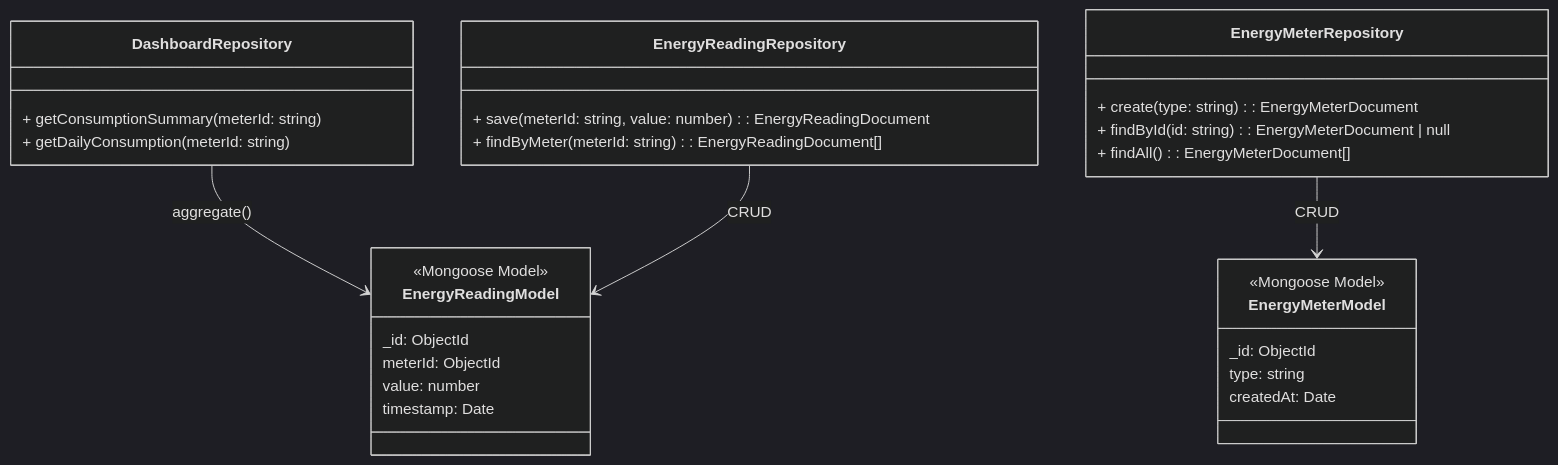
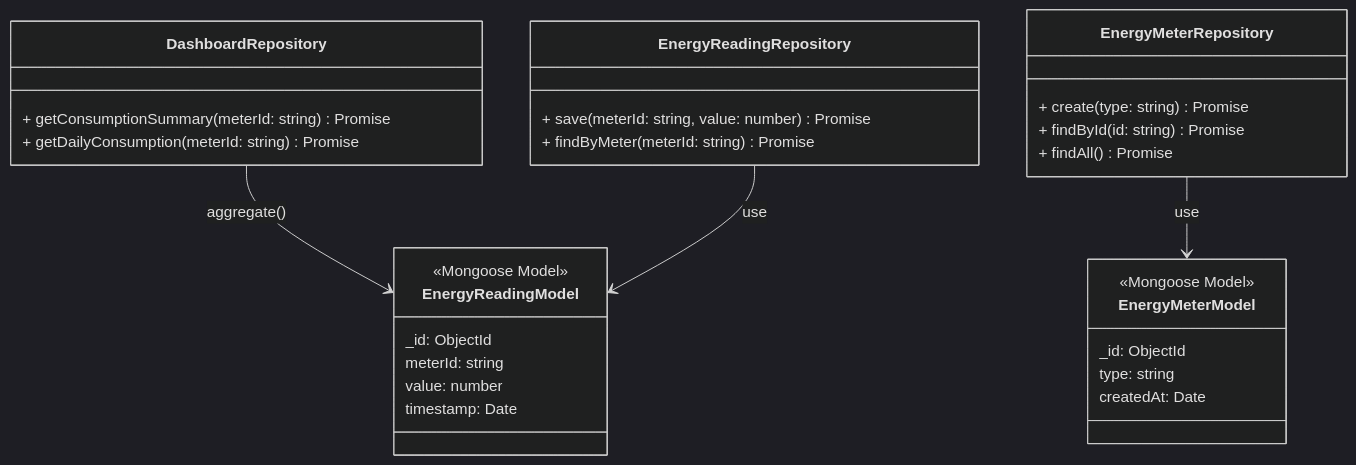
One commit to rubensrabelo/gestao-de-consumo-de-energia changed the first of 15 diagrams in docs/report_rubens_rabelo.md. Above: the diagram before and after it, drawn with Mermaid (dark theme). The commit also changed other lines of this file and 1 other file, not shown here.

````diff
--- a/docs/report_rubens_rabelo.md
+++ b/docs/report_rubens_rabelo.md
@@ -247,39 +247,39 @@
 ```mermaid
 classDiagram
     direction LB
     class DashboardRepository {
-        + getConsumptionSummary(meterId: string)
-        + getDailyConsumption(meterId: string)
+        + getConsumptionSummary(meterId: string) Promise
+        + getDailyConsumption(meterId: string) Promise
     }
 
     class EnergyMeterRepository {
-        + create(type: string): EnergyMeterDocument
-        + findById(id: string): EnergyMeterDocument | null
-        + findAll(): EnergyMeterDocument[]
+        + create(type: string) Promise
+        + findById(id: string) Promise
+        + findAll() Promise
     }
 
     class EnergyReadingRepository {
-        + save(meterId: string, value: number): EnergyReadingDocument
-        + findByMeter(meterId: string): EnergyReadingDocument[]
+        + save(meterId: string, value: number) Promise
+        + findByMeter(meterId: string) Promise
     }
 
     class EnergyMeterModel {
         <<Mongoose Model>>
         _id: ObjectId
         type: string
         createdAt: Date
     }
 
     class EnergyReadingModel {
         <<Mongoose Model>>
         _id: ObjectId
-        meterId: ObjectId
+        meterId: string
         value: number
         timestamp: Date
     }
 
     %% Dependências de persistência
     DashboardRepository --> EnergyReadingModel : aggregate()
-    EnergyMeterRepository --> EnergyMeterModel : CRUD
-    EnergyReadingRepository --> EnergyReadingModel : CRUD
+    EnergyMeterRepository --> EnergyMeterModel : use
+    EnergyReadingRepository --> EnergyReadingModel : use
 ```
````
